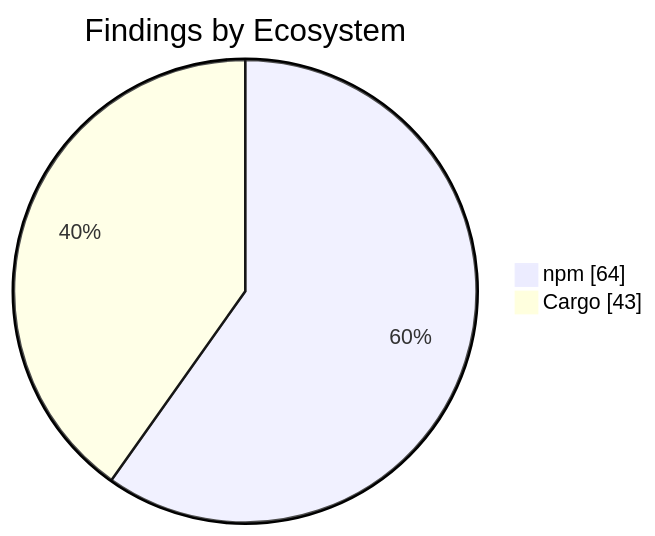
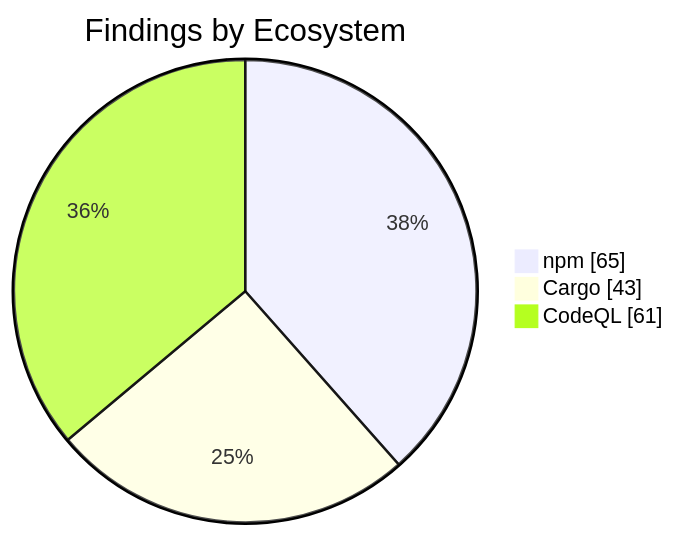
Before and after one commit to KBVE/kbve: the second of 2 diagrams in apps/kbve/astro-kbve/src/content/docs/dashboard/security.mdx, drawn with Mermaid. The commit also changed other lines of this file and 8 other files, not shown here.

````diff
--- a/apps/kbve/astro-kbve/src/content/docs/dashboard/security.mdx
+++ b/apps/kbve/astro-kbve/src/content/docs/dashboard/security.mdx
@@ -72,6 +73,7 @@
 ```mermaid
 pie showData
     title Findings by Ecosystem
-    "npm" : 64
+    "npm" : 65
     "Cargo" : 43
+    "CodeQL" : 61
 ```
````
